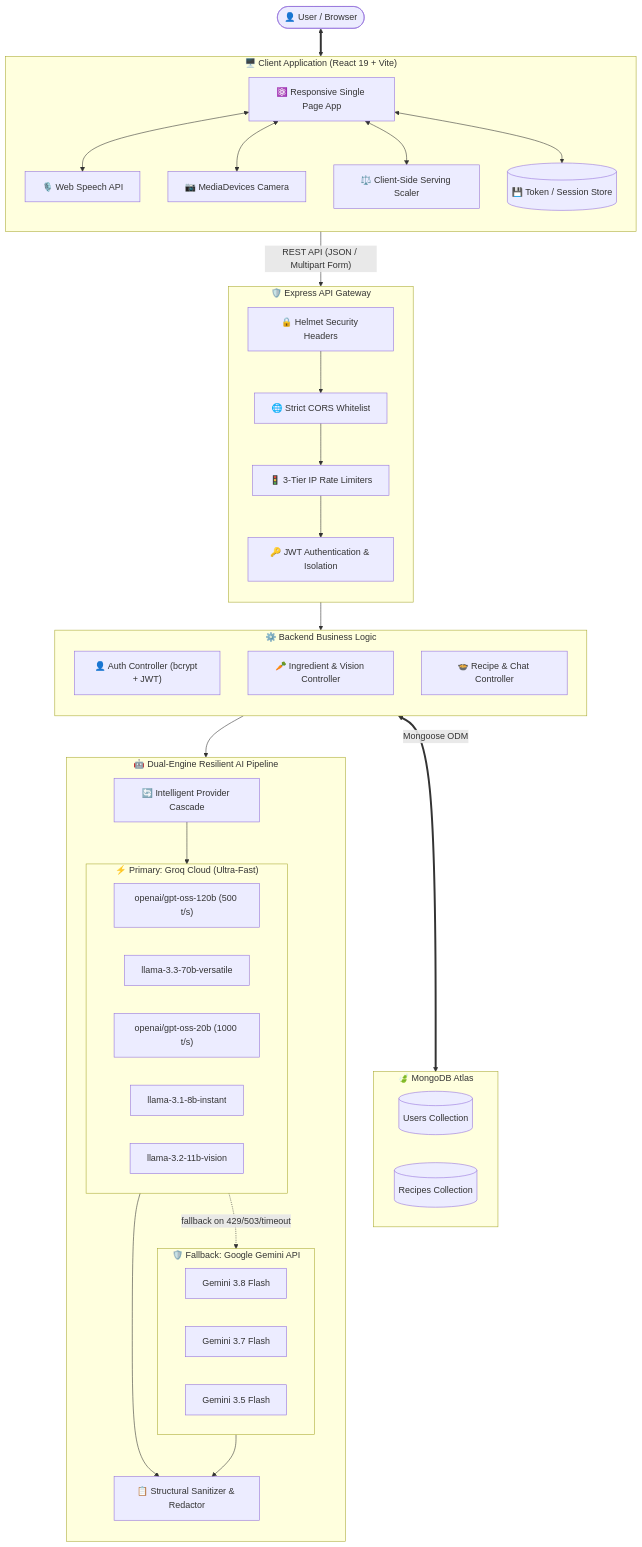
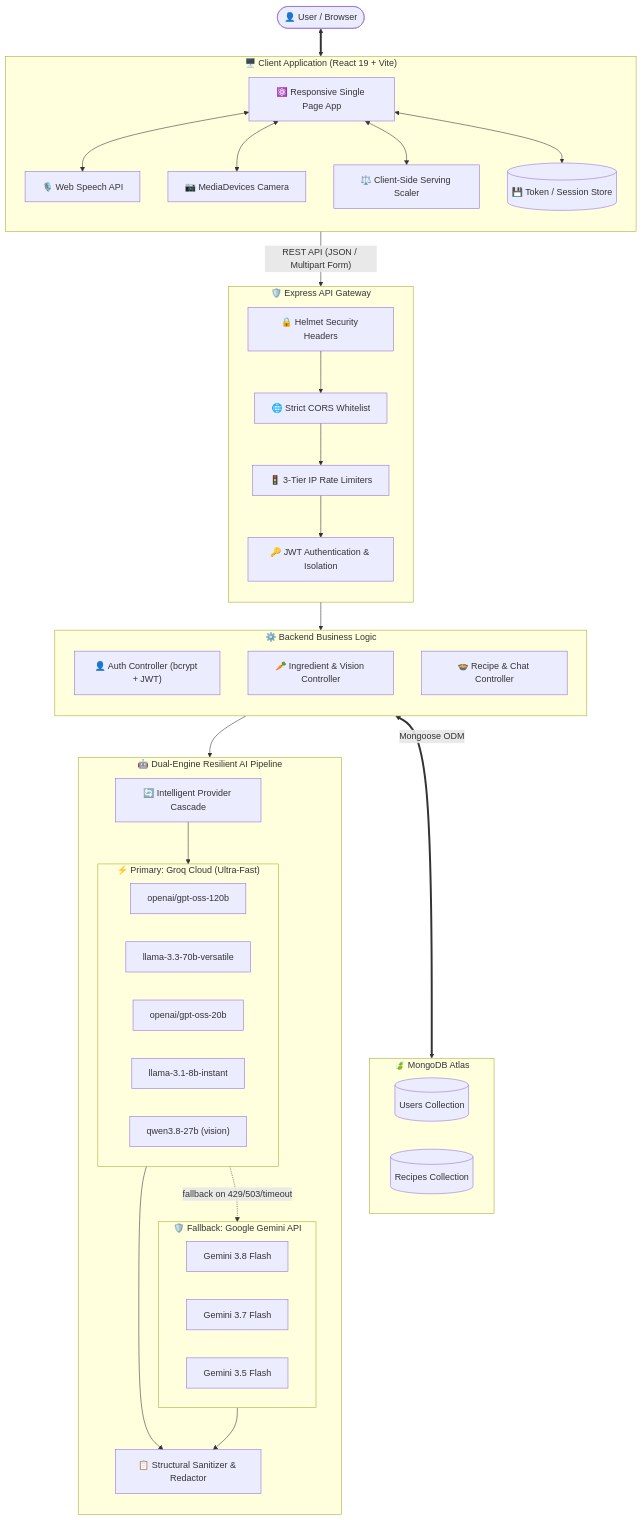
The diagram in README.md (harsh-raj00/ChefMind-AI), drawn with Mermaid before and after one commit. The commit also changed other lines of this file and 10 other files, not shown here.

````diff
--- a/README.md
+++ b/README.md
@@ -117,61 +117,61 @@
 ```mermaid
 flowchart TB
     User([👤 User / Browser])
 
     subgraph Client ["🖥️ Client Application (React 19 + Vite)"]
         direction TB
         UI["⚛️ Responsive Single Page App"]
         Speech["🎙️ Web Speech API"]
         Camera["📷 MediaDevices Camera"]
         Scaler["⚖️ Client-Side Serving Scaler"]
         Storage[("💾 Token / Session Store")]
         UI <--> Speech & Camera & Scaler & Storage
     end
 
     subgraph Gateway ["🛡️ Express API Gateway"]
         direction TB
         SecHeaders["🔒 Helmet Security Headers"]
         Cors["🌐 Strict CORS Whitelist"]
         Limiter["🚦 3-Tier IP Rate Limiters"]
         AuthMiddleware["🔑 JWT Authentication & Isolation"]
         SecHeaders --> Cors --> Limiter --> AuthMiddleware
     end
 
     subgraph Controllers ["⚙️ Backend Business Logic"]
         direction TB
         AuthCtrl["👤 Auth Controller (bcrypt + JWT)"]
         IngCtrl["🥕 Ingredient & Vision Controller"]
         RecCtrl["🍲 Recipe & Chat Controller"]
     end
 
     subgraph AI_Engine ["🤖 Dual-Engine Resilient AI Pipeline"]
         direction TB
         Chain["🔄 Intelligent Provider Cascade"]
         subgraph Groq_Tier ["⚡ Primary: Groq Cloud (Ultra-Fast)"]
-            G1["openai/gpt-oss-120b (500 t/s)"]
+            G1["openai/gpt-oss-120b "]
             G2["llama-3.3-70b-versatile"]
-            G3["openai/gpt-oss-20b (1000 t/s)"]
+            G3["openai/gpt-oss-20b "]
             G4["llama-3.1-8b-instant"]
-            GV["llama-3.2-11b-vision"]
+            GV["qwen3.8-27b (vision)"]
         end
         subgraph Gemini_Tier ["🛡️ Fallback: Google Gemini API"]
             M1["Gemini 3.8 Flash"]
             M2["Gemini 3.7 Flash"]
             M3["Gemini 3.5 Flash"]
         end
         Validator["📋 Structural Sanitizer & Redactor"]
         Chain --> Groq_Tier -. "fallback on 429/503/timeout" .-> Gemini_Tier
         Groq_Tier & Gemini_Tier --> Validator
     end
 
     subgraph Database ["🍃 MongoDB Atlas"]
         UsersCol[("Users Collection")]
         RecipesCol[("Recipes Collection")]
     end
 
     User <==> UI
     UI -- "REST API (JSON / Multipart Form)" --> Gateway
     Gateway --> Controllers
     Controllers --> AI_Engine
     Controllers <== "Mongoose ODM" ==> Database
 ```
````
